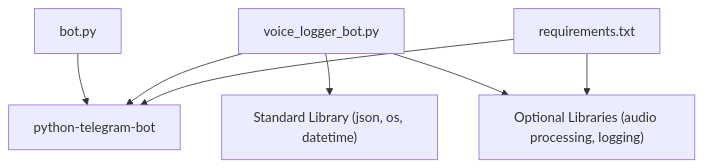
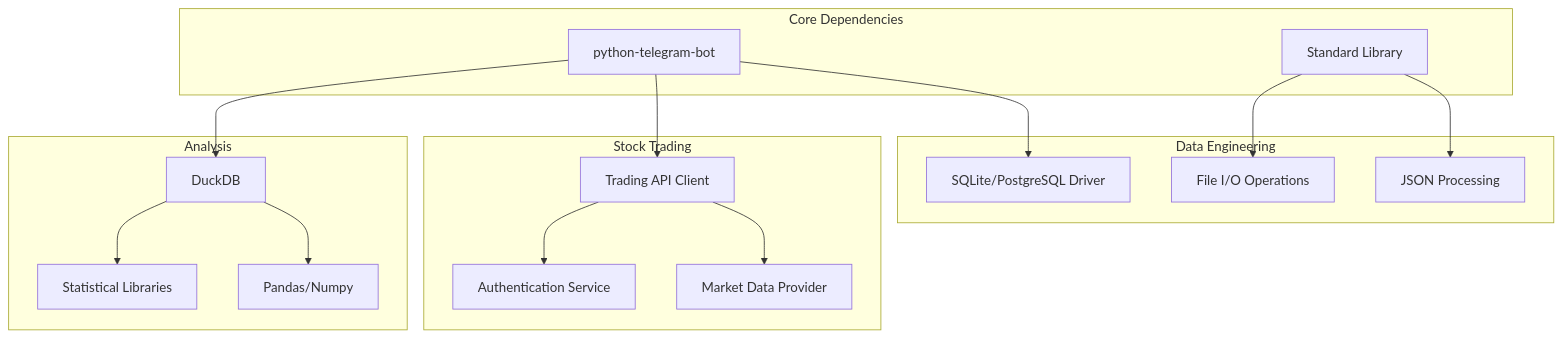
Before and after one commit to ZengSeng/telegram-bot: the fifth of 5 diagrams in .qoder/repowiki/en/content/Project Overview.md, drawn with Mermaid. The commit also changed other lines of this file and 18 other files, not shown here.

````diff
--- a/.qoder/repowiki/en/content/Project Overview.md
+++ b/.qoder/repowiki/en/content/Project Overview.md
@@ -231,9 +363,31 @@
 ```mermaid
 graph TB
-A["bot.py"] --> B["python-telegram-bot"]
-C["voice_logger_bot.py"] --> B
-C --> D["Standard Library (json, os, datetime)"]
-C --> E["Optional Libraries (audio processing, logging)"]
-F["requirements.txt"] --> B
-F --> E
+subgraph "Core Dependencies"
+A["python-telegram-bot"]
+B["Standard Library"]
+end
+subgraph "Data Engineering"
+C["SQLite/PostgreSQL Driver"]
+D["JSON Processing"]
+E["File I/O Operations"]
+end
+subgraph "Stock Trading"
+F["Trading API Client"]
+G["Market Data Provider"]
+H["Authentication Service"]
+end
+subgraph "Analysis"
+I["DuckDB"]
+J["Pandas/Numpy"]
+K["Statistical Libraries"]
+end
+A --> C
+A --> F
+A --> I
+B --> D
+B --> E
+F --> G
+F --> H
+I --> J
+I --> K
 ```
````
